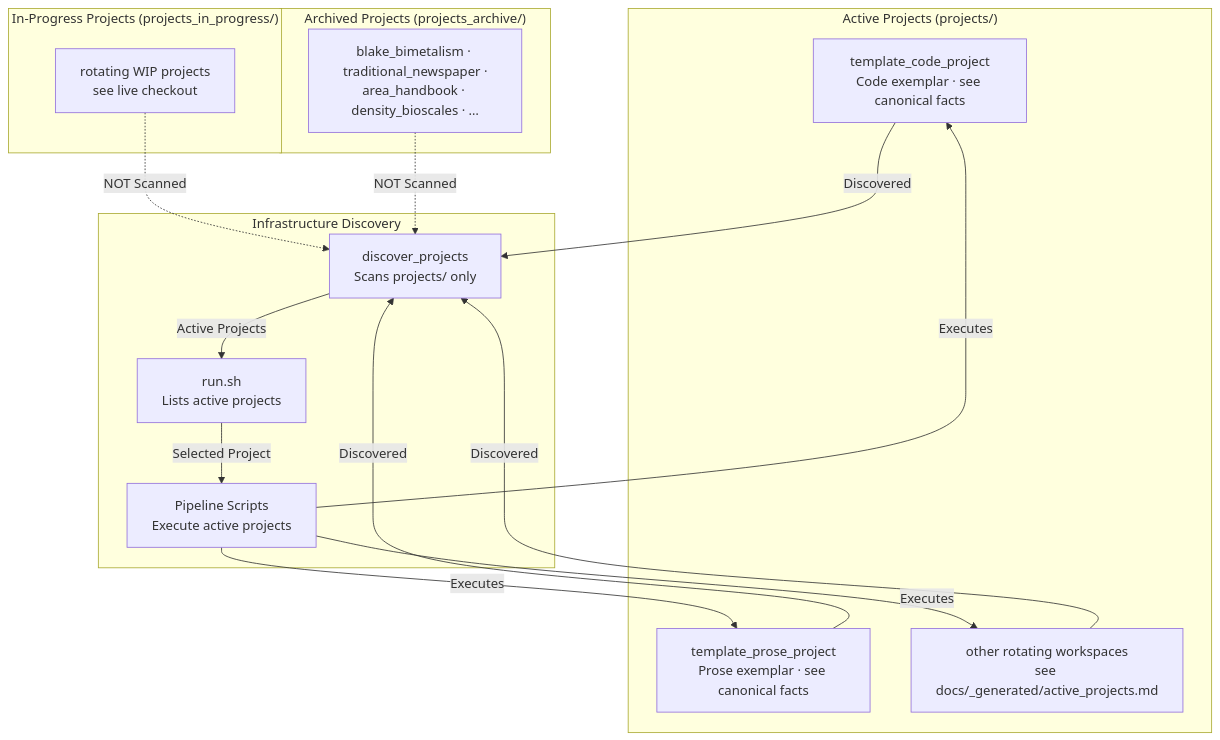
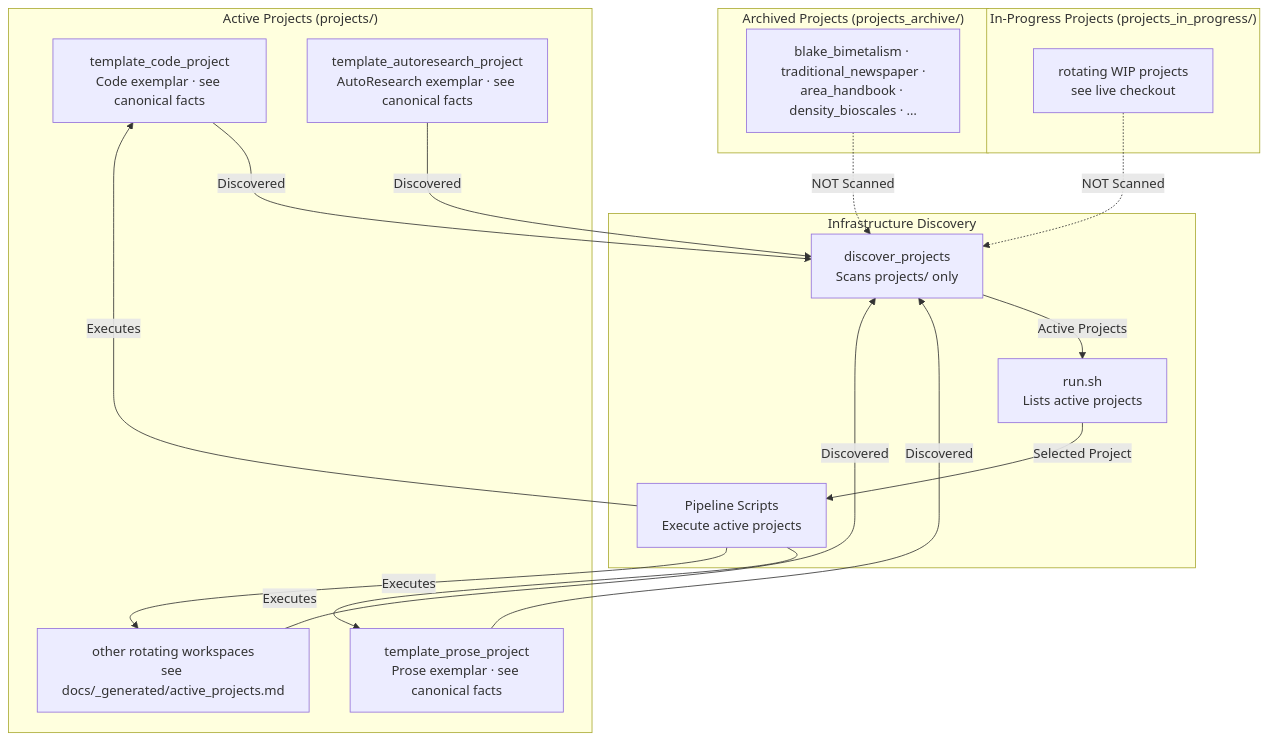
One commit to docxology/template changed the first of 7 diagrams in projects/AGENTS.md. Above: the diagram before and after it, drawn with Mermaid. The commit also changed other lines of this file and 317 other files, not shown here.

Commit message:
Publish autoresearch exemplar and project guards

````diff
--- a/projects/AGENTS.md
+++ b/projects/AGENTS.md
@@ -89,34 +92,36 @@
 ```mermaid
 graph TD
     subgraph Active["Active Projects (projects/)"]
         P1[template_code_project<br/>Code exemplar · see canonical facts]
-        P2[template_prose_project<br/>Prose exemplar · see canonical facts]
+    P2[template_prose_project<br/>Prose exemplar · see canonical facts]
+    P3[template_autoresearch_project<br/>AutoResearch exemplar · see canonical facts]
         Pn[other rotating workspaces<br/>see docs/_generated/active_projects.md]
     end
 
     subgraph InProgress["In-Progress Projects (projects_in_progress/)"]
         IP["rotating WIP projects<br/>see live checkout"]
     end
 
     subgraph Archive["Archived Projects (projects_archive/)"]
         A[blake_bimetalism · traditional_newspaper ·<br/>area_handbook · density_bioscales · …]
     end
 
     subgraph Infrastructure["Infrastructure Discovery"]
         DISCOVER[discover_projects<br/>Scans projects/ only]
         RUNSH[run.sh<br/>Lists active projects]
         PIPELINE[Pipeline Scripts<br/>Execute active projects]
     end
 
     P1 -->|Discovered| DISCOVER
     P2 -->|Discovered| DISCOVER
+    P3 -->|Discovered| DISCOVER
     Pn -->|Discovered| DISCOVER
     IP -.->|NOT Scanned| DISCOVER
     A -.->|NOT Scanned| DISCOVER
 
     DISCOVER -->|Active Projects| RUNSH
     RUNSH -->|Selected Project| PIPELINE
     PIPELINE -->|Executes| P1
     PIPELINE -->|Executes| P2
     PIPELINE -->|Executes| Pn
 ```
````
